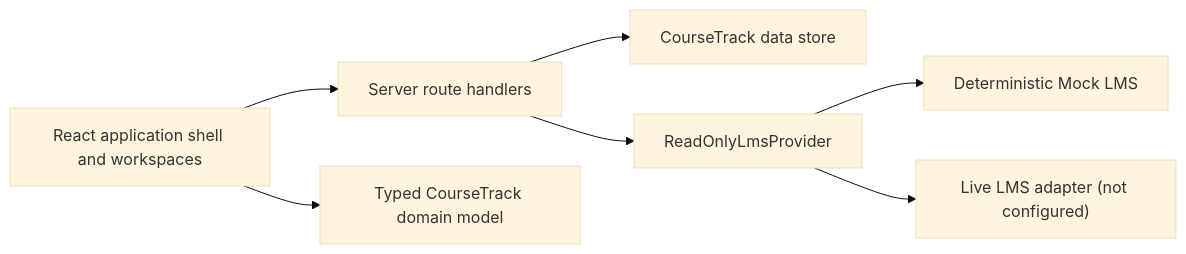
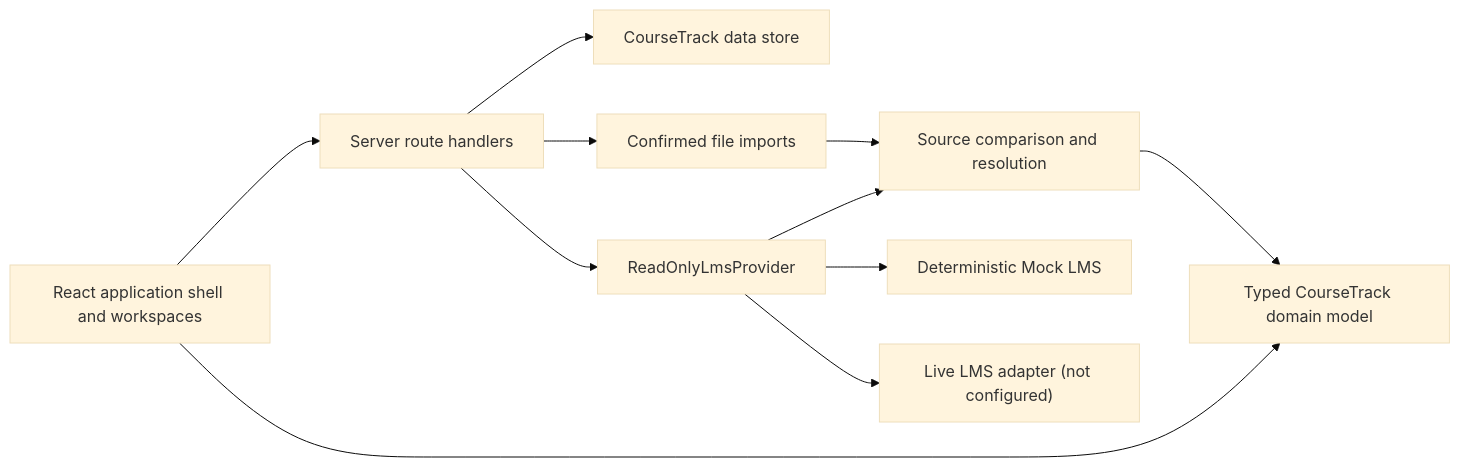
Before and after one commit to dweiss22/CourseTrack: the first of 2 diagrams in docs/architecture.md, drawn with Mermaid (base theme). The commit also changed other lines of this file and 19 other files, not shown here.

````diff
--- a/docs/architecture.md
+++ b/docs/architecture.md
@@ -16,17 +16,23 @@
 ```mermaid
 flowchart LR
   UI["React application shell and workspaces"]
   API["Server route handlers"]
   Domain["Typed CourseTrack domain model"]
   DB["CourseTrack data store"]
   LMS["ReadOnlyLmsProvider"]
+  Import["Confirmed file imports"]
+  Reconcile["Source comparison and resolution"]
   Mock["Deterministic Mock LMS"]
   Live["Live LMS adapter (not configured)"]
 
   UI --> API
   UI --> Domain
   API --> DB
   API --> LMS
+  API --> Import
+  LMS --> Reconcile
+  Import --> Reconcile
+  Reconcile --> Domain
   LMS --> Mock
   LMS --> Live
 ```
````
